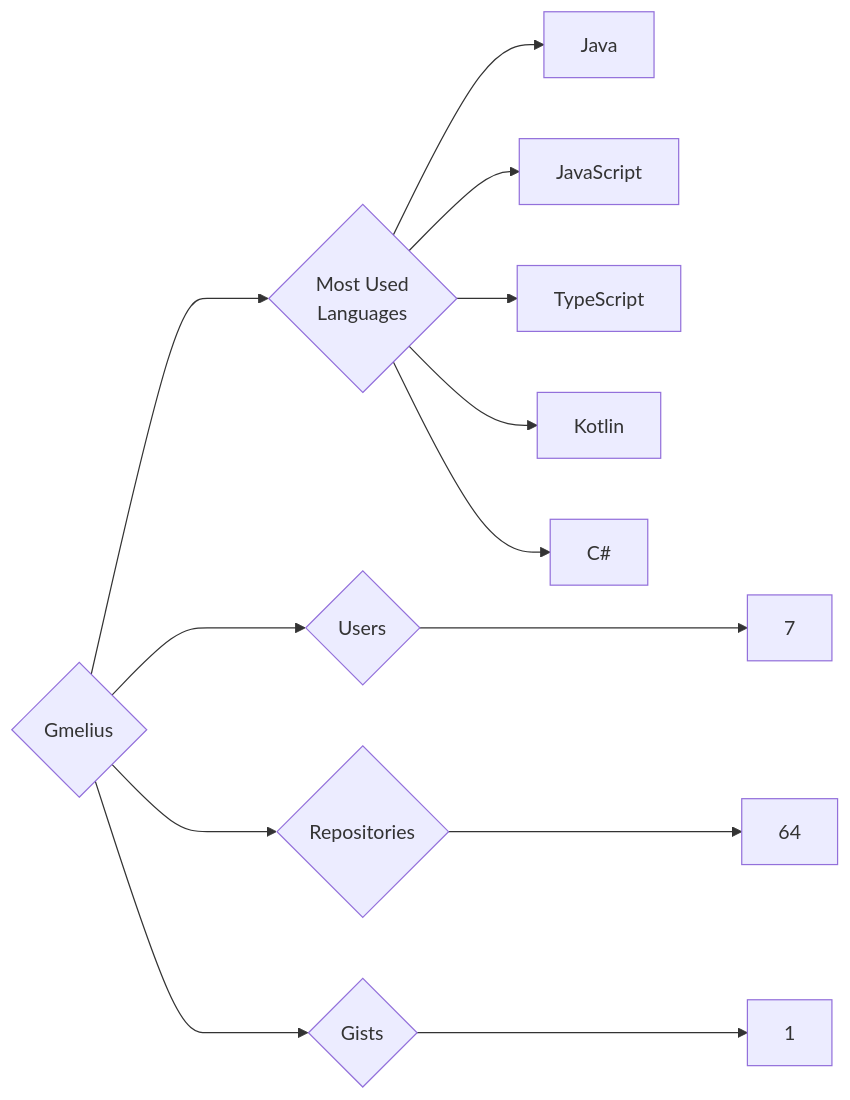
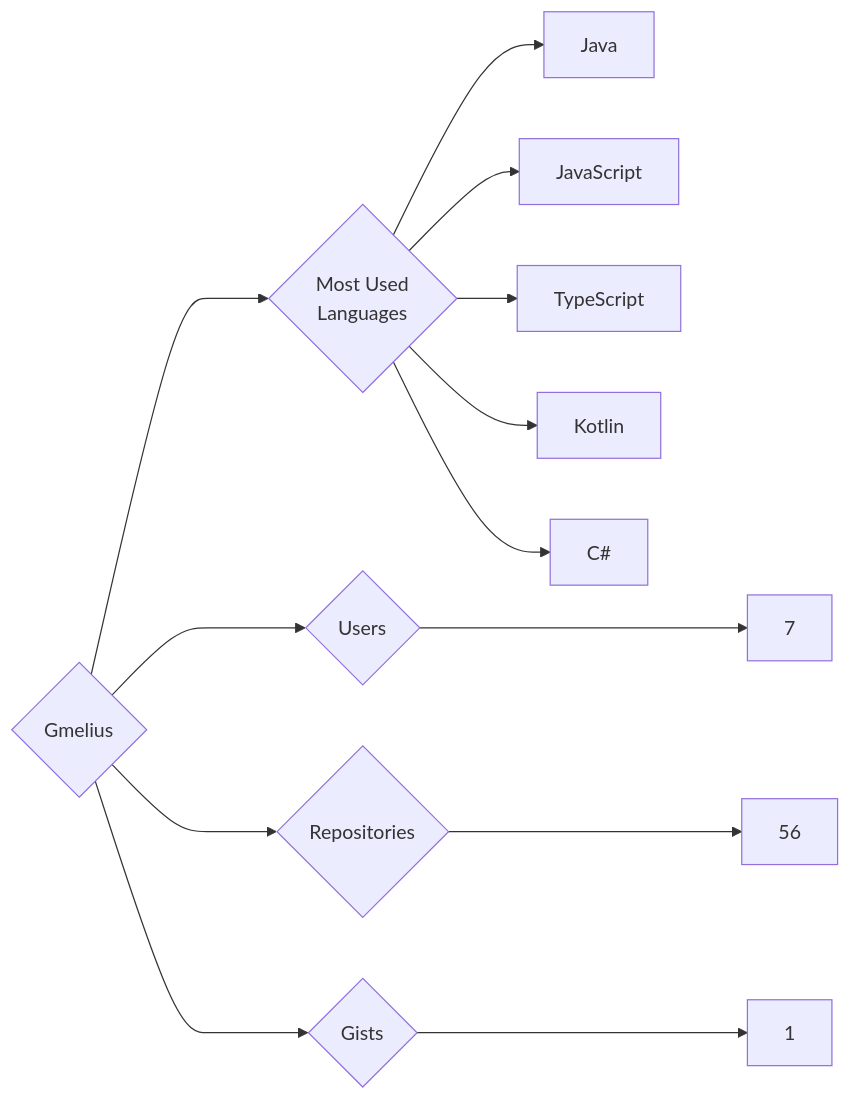
Before and after one commit to trickest/insiders: the diagram in targets/Gmelius/README.md, drawn with Mermaid. The commit also changed 1030 other files, not shown here.

````diff
--- a/targets/Gmelius/README.md
+++ b/targets/Gmelius/README.md
@@ -3,13 +3,13 @@
 ```mermaid
 graph LR
 COMPANY_NAME{Gmelius}
 COMPANY_NAME ---> U{Users} ---> UN[7]
-COMPANY_NAME ---> R{Repositories} ---> RN[64]
+COMPANY_NAME ---> R{Repositories} ---> RN[56]
 COMPANY_NAME ---> G{Gists} ---> GN[1]
 COMPANY_NAME ---> ML{Most Used<br>Languages}
 ML --> Java[Java]
 ML --> JavaScript[JavaScript]
 ML --> TypeScript[TypeScript]
 ML --> Kotlin[Kotlin]
 ML --> C#[C#]
 ```
````
